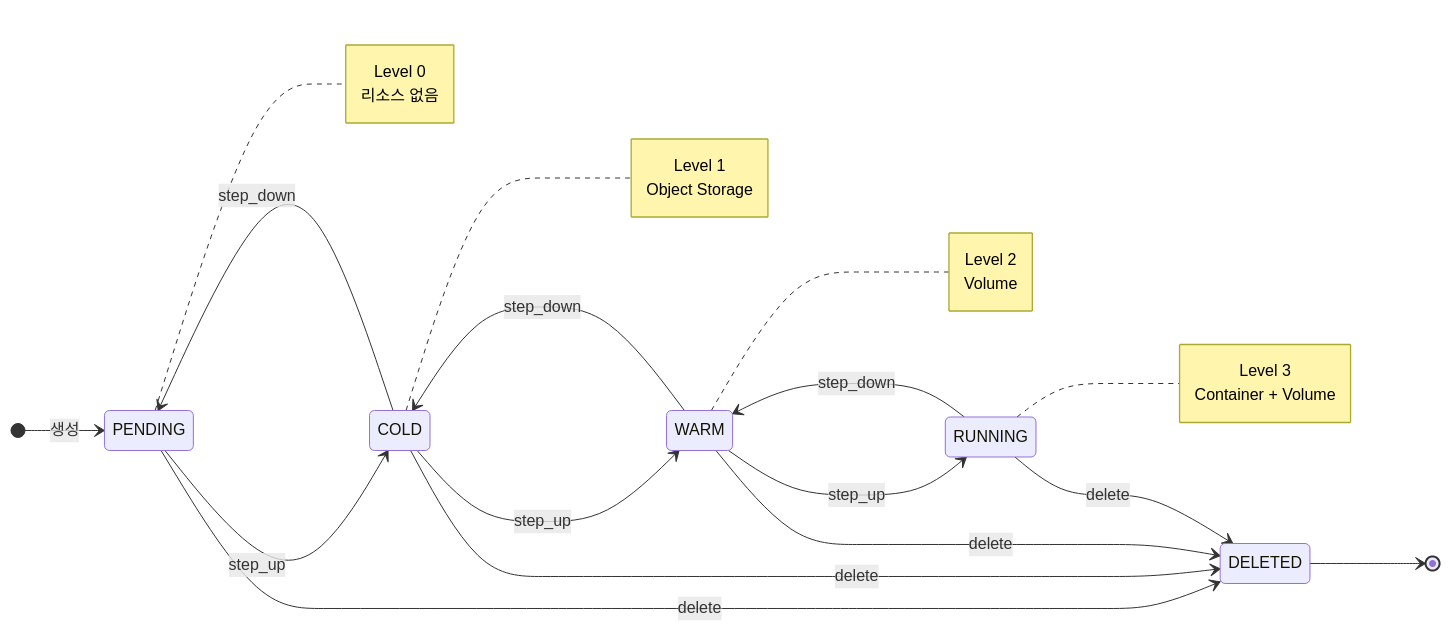
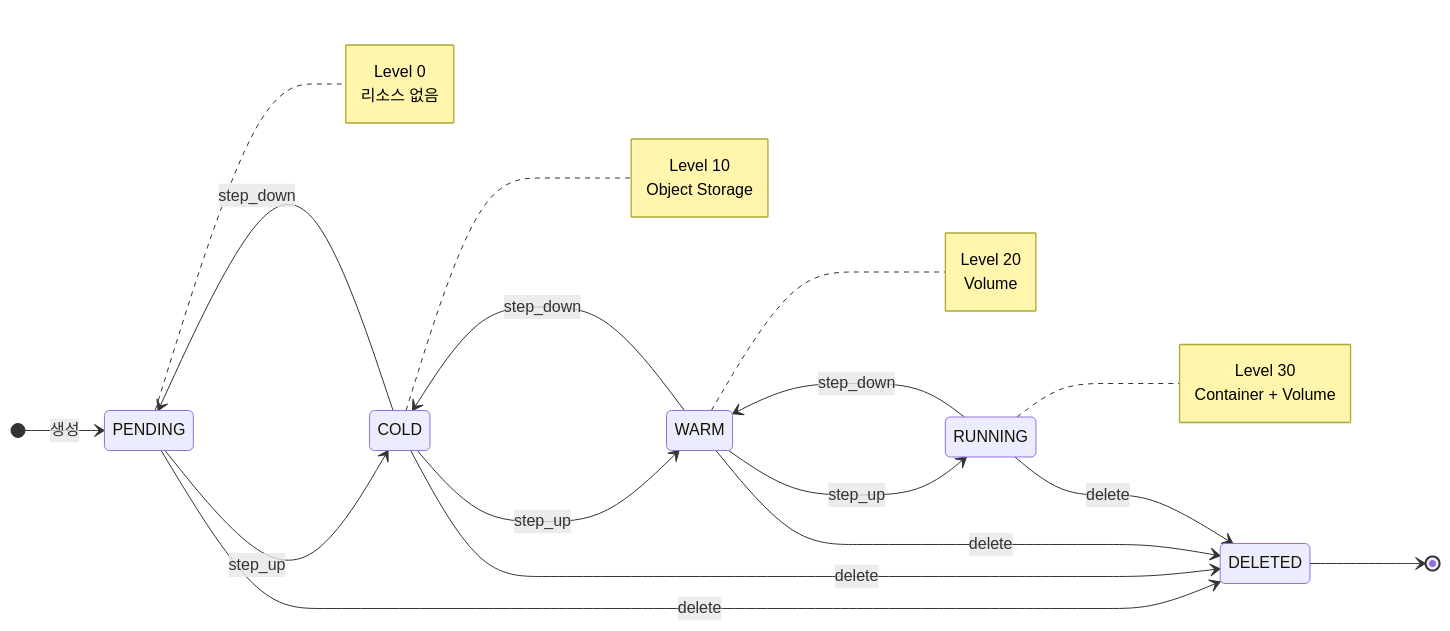
One commit to cagojeiger/code-hub changed the sixth of 7 diagrams in docs/adr/008-ordered-state-machine.md. Above: the diagram before and after it, drawn with Mermaid. The commit also changed other lines of this file, not shown here.

First line of the commit message:
docs(adr): use level gap of 10 for future extensibility

````diff
--- a/docs/adr/008-ordered-state-machine.md
+++ b/docs/adr/008-ordered-state-machine.md
@@ -205,26 +208,26 @@
 ```mermaid
 stateDiagram-v2
     direction LR
 
     [*] --> PENDING: 생성
 
     PENDING --> COLD: step_up
     COLD --> WARM: step_up
     WARM --> RUNNING: step_up
 
     RUNNING --> WARM: step_down
     WARM --> COLD: step_down
     COLD --> PENDING: step_down
 
     PENDING --> DELETED: delete
     COLD --> DELETED: delete
     WARM --> DELETED: delete
     RUNNING --> DELETED: delete
 
     DELETED --> [*]
 
     note right of PENDING: Level 0<br/>리소스 없음
-    note right of COLD: Level 1<br/>Object Storage
-    note right of WARM: Level 2<br/>Volume
-    note right of RUNNING: Level 3<br/>Container + Volume
+    note right of COLD: Level 10<br/>Object Storage
+    note right of WARM: Level 20<br/>Volume
+    note right of RUNNING: Level 30<br/>Container + Volume
 ```
````
